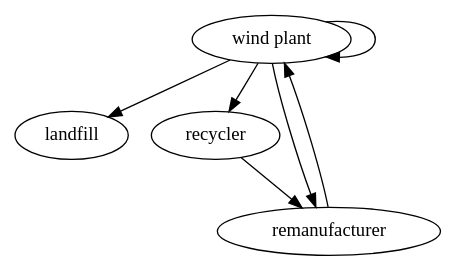
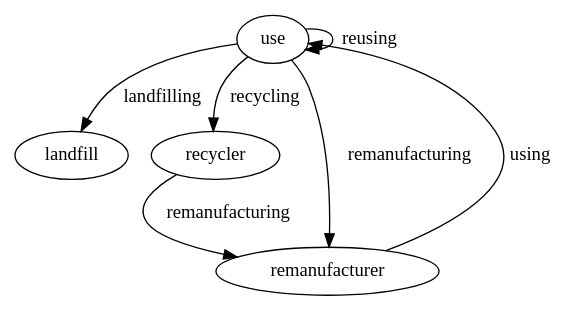
One commit to NREL/celavi changed the diagram in graphviz/file.dot. Above: the diagram before and after it, drawn with Graphviz. The commit also changed 1 other file, not shown here.

```diff
--- a/graphviz/file.dot
+++ b/graphviz/file.dot
@@ -1,8 +1,8 @@
 digraph  {
-	"wind plant" -> "wind plant";
-	"wind plant" -> landfill;
-	"wind plant" -> recycler;
-	"wind plant" -> remanufacturer;
-	recycler -> remanufacturer;
-	remanufacturer -> "wind plant";
+	use -> use	 [label=reusing];
+	use -> landfill	 [label=landfilling];
+	use -> recycler	 [label=recycling];
+	use -> remanufacturer	 [label=remanufacturing];
+	recycler -> remanufacturer	 [label=remanufacturing];
+	remanufacturer -> use	 [label=using];
 }
```
